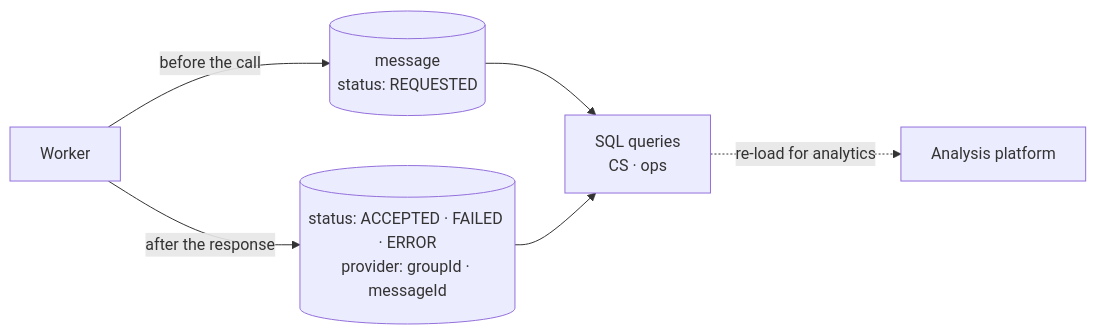
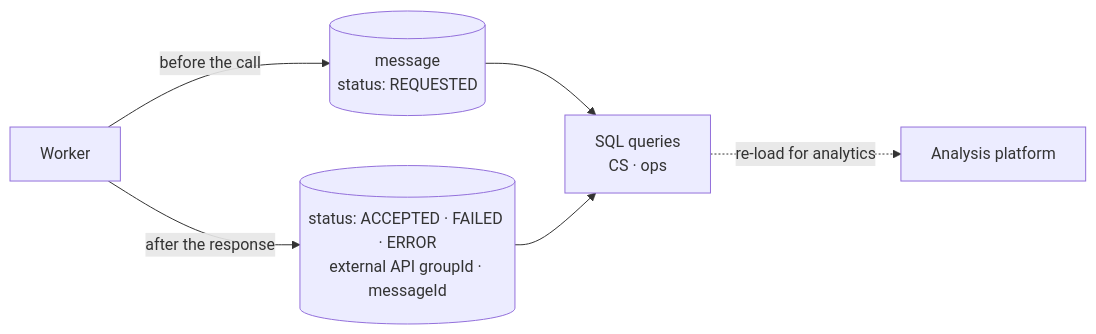
One commit to pythonstrup/myvelop changed the diagram in src/content/blog/en/bullmq-notification-part-3-delivery-history.md. Above: the diagram before and after it, drawn with Mermaid. The commit also changed other lines of this file and 34 other files, not shown here.

```diff
--- a/src/content/blog/en/bullmq-notification-part-3-delivery-history.md
+++ b/src/content/blog/en/bullmq-notification-part-3-delivery-history.md
@@ -160,12 +161,12 @@
 <pre class="mermaid">
 
 flowchart LR
     accTitle: A dedicated relational DB for history
-    accDescr: The worker writes a message row with REQUESTED status right before calling the provider, then appends the closing status and the provider identifiers after the response. Analytics requires moving the data again into the analysis platform through a separate pipeline.
+    accDescr: The worker writes a message row with REQUESTED status right before calling the external API, then adds the closing status and the external API identifiers after the response. Analytics requires moving the data again into the analysis platform through a separate pipeline.
     W["Worker"] --&gt;|"before the call"| M[("message<br/>status: REQUESTED")]
-    W --&gt;|"after the response"| S[("status: ACCEPTED · FAILED · ERROR<br/>provider: groupId · messageId")]
+    W --&gt;|"after the response"| S[("status: ACCEPTED · FAILED · ERROR<br/>external API groupId · messageId")]
     M --&gt; SQL["SQL queries<br/>CS · ops"]
     S --&gt; SQL
     SQL -. "re-load for analytics" .-&gt; AP["Analysis platform"]
 
 </pre>
```
